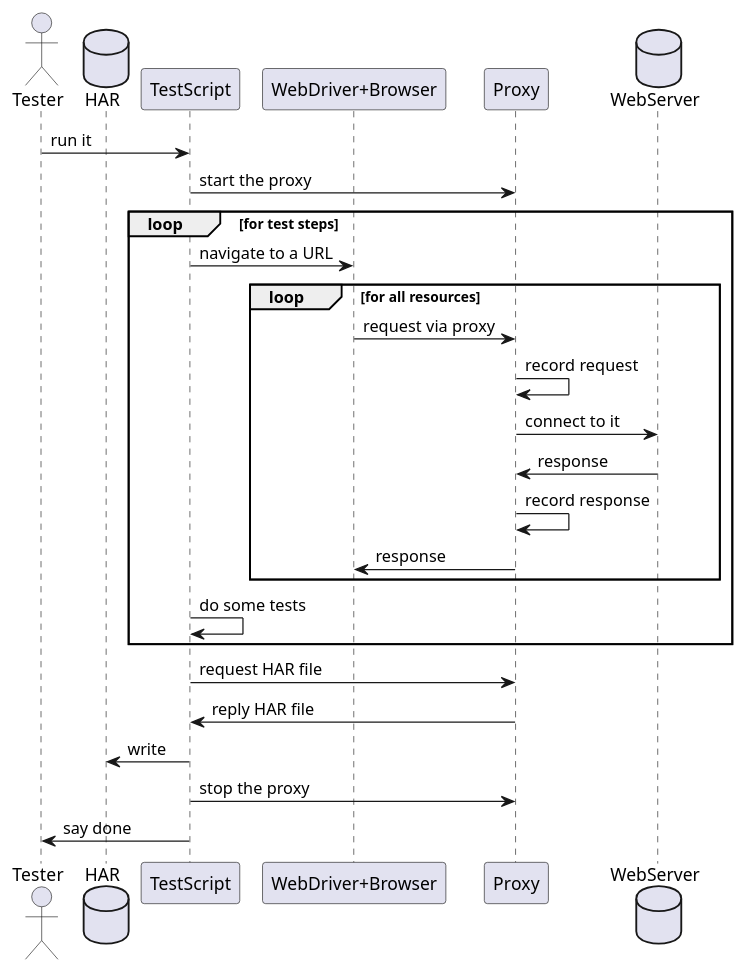
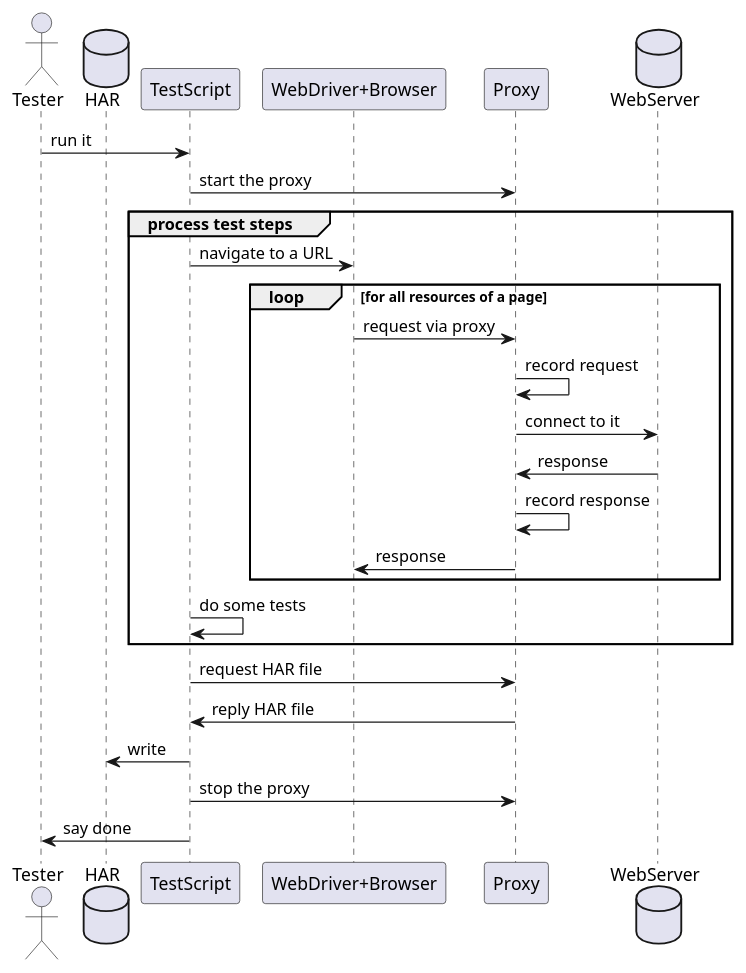
Before and after one commit to kazurayam/BrowserMobProxyInKatalonStudio: the diagram in docs/diagrams/src/sequence.pu, drawn with PlantUML. The commit also changed 1 other file, not shown here.

Commit message:
revise the sequence diagram

```diff
--- a/docs/diagrams/src/sequence.pu
+++ b/docs/diagrams/src/sequence.pu
@@ -1,28 +1,28 @@
 @startuml sequence
 actor       Tester     as tester
 database    HAR        as file
 participant TestScript as script
 participant "WebDriver+Browser" as browser
 participant Proxy      as proxy
 database    WebServer  as server
 
 tester   -> script     : run it
 script   -> proxy      : start the proxy
-loop for test steps
+group process test steps
 script   -> browser    : navigate to a URL
-loop for all resources
+loop for all resources of a page
 browser  -> proxy      : request via proxy
 proxy    -> proxy      : record request
 proxy    -> server     : connect to it
 server   -> proxy      : response
 proxy    -> proxy      : record response
 proxy    -> browser    : response
 end
 script   -> script     : do some tests
-end 
+end
 script   -> proxy      : request HAR file
 proxy    -> script     : reply HAR file
 script   -> file       : write
 script   -> proxy      : stop the proxy
 script   -> tester     : say done
 @enduml
```
